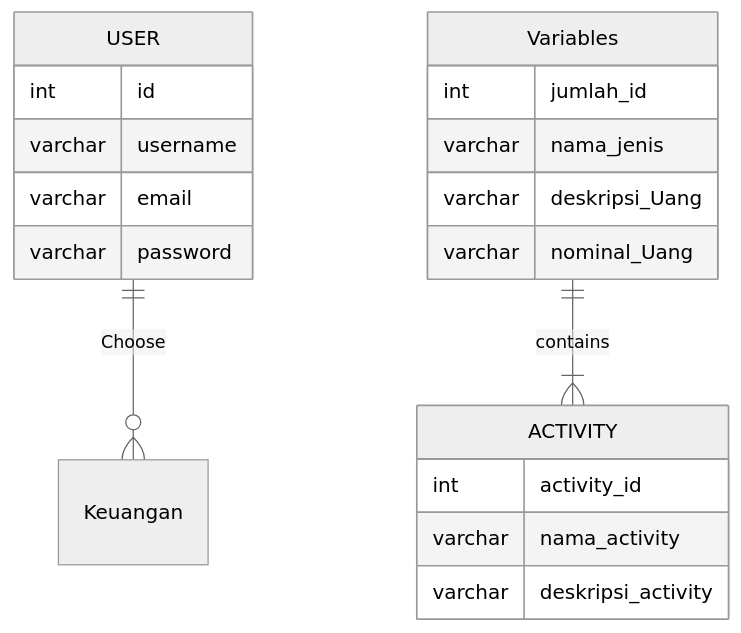
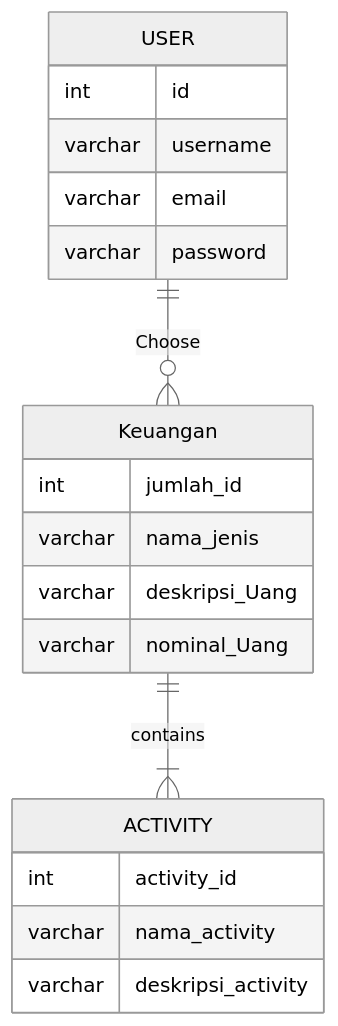
One commit to MuhammadFauzanL/Basic-Flutter-App changed the first of 2 diagrams in Where's App .md. Above: the diagram before and after it, drawn with Mermaid (neutral theme).

Commit message:
Update Where's App .md

````diff
--- a/Where's App .md
+++ b/Where's App .md
@@ -55,22 +55,22 @@
 ```mermaid
 erDiagram
 USER ||--o{ Keuangan : Choose
 USER {
 int id
 varchar username
 varchar email
 varchar password
  }
-Variables ||--|{ ACTIVITY : contains
-Variables {
+Keuangan ||--|{ ACTIVITY : contains
+Keuangan {
 int jumlah_id
  varchar nama_jenis
 varchar deskripsi_Uang
 varchar nominal_Uang
  }
 ACTIVITY {
  int activity_id
 varchar nama_activity
 varchar deskripsi_activity
         }
 ```
````
